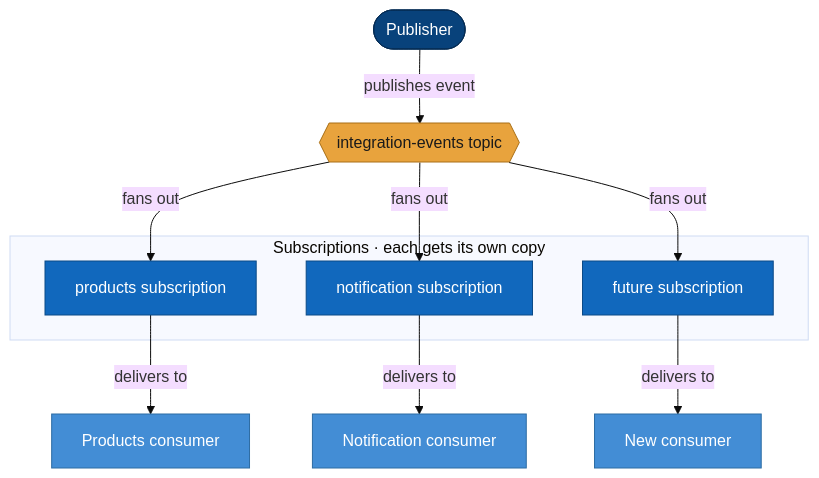
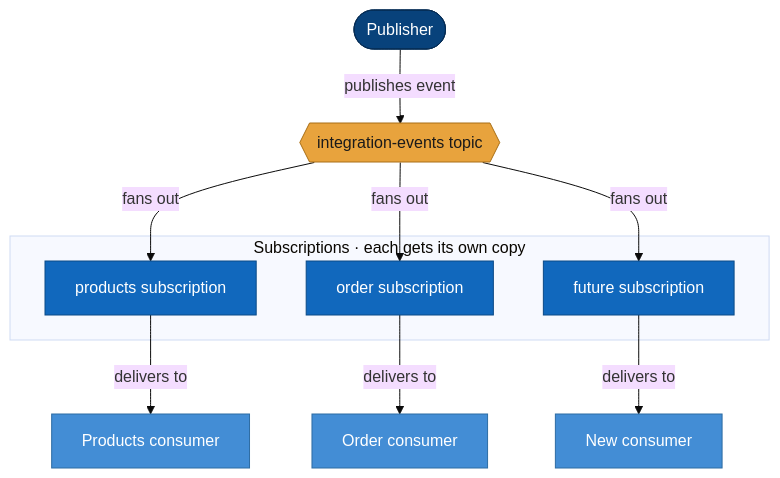
One commit to seesathish/AntKart-Src3 changed the second of 3 diagrams in docs/guides/messaging-concepts.md. Above: the diagram before and after it, drawn with Mermaid (base theme). The commit also changed other lines of this file and 24 other files, not shown here.

First line of the commit message:
docs: reconcile notification + logging docs with built architecture; remove ELK sink

````diff
--- a/docs/guides/messaging-concepts.md
+++ b/docs/guides/messaging-concepts.md
@@ -60,27 +60,27 @@
 ```mermaid
 flowchart TB
     PUB([Publisher]) -->|publishes event| T{{integration-events topic}}
     subgraph Subs["Subscriptions · each gets its own copy"]
       S1[products subscription]
-      S2[notification subscription]
+      S2[order subscription]
       S3[future subscription]
     end
     T -->|fans out| S1
     T -->|fans out| S2
     T -->|fans out| S3
     S1 -->|delivers to| H1[Products consumer]
-    S2 -->|delivers to| H2[Notification consumer]
+    S2 -->|delivers to| H2[Order consumer]
     S3 -->|delivers to| H3[New consumer]
 
     classDef actor   fill:#08427B,stroke:#052c54,color:#ffffff;
     classDef primary fill:#1168BD,stroke:#0b4a87,color:#ffffff;
     classDef service fill:#438DD5,stroke:#2d6ca3,color:#ffffff;
     classDef data    fill:#85BBF0,stroke:#5a9bd4,color:#0b2545;
     classDef external fill:#8B8B8B,stroke:#5f5f5f,color:#ffffff;
     classDef focus   fill:#E8A33D,stroke:#a96f16,color:#1a1a1a;
 
     class PUB actor
     class S1,S2,S3 primary
     class H1,H2,H3 service
     class T focus
 ```
````
